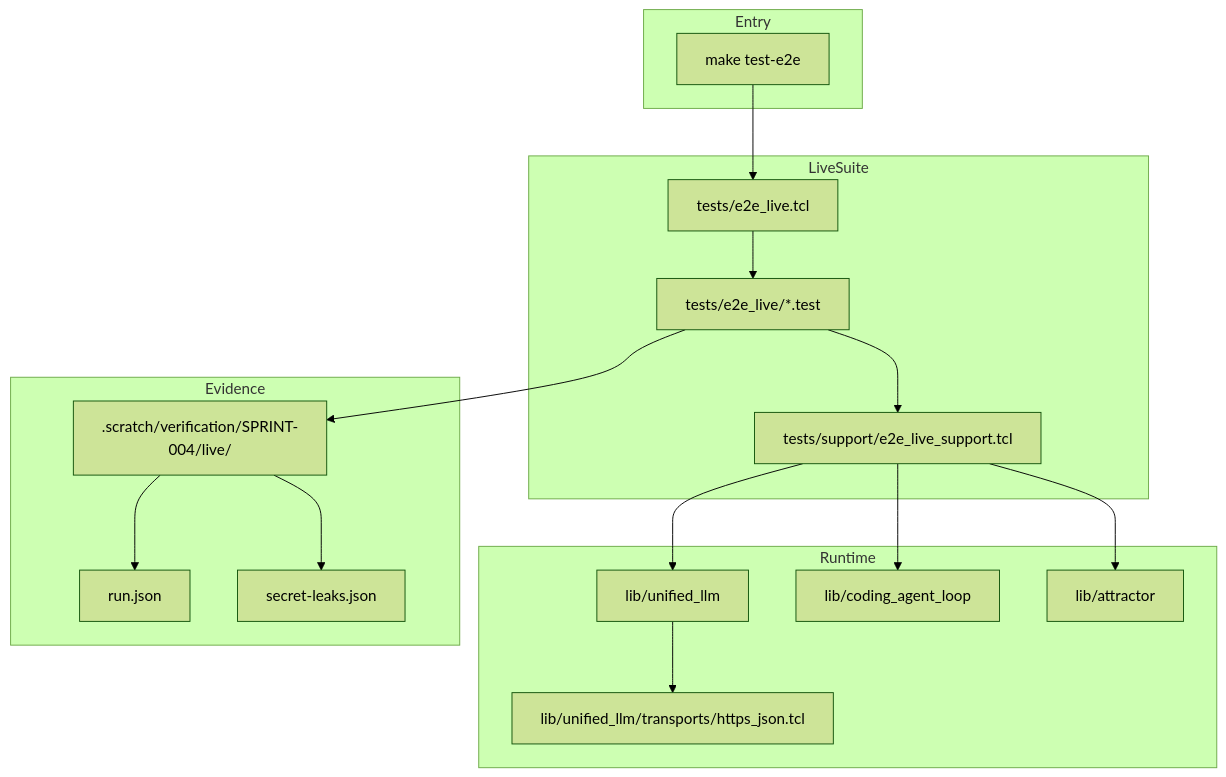
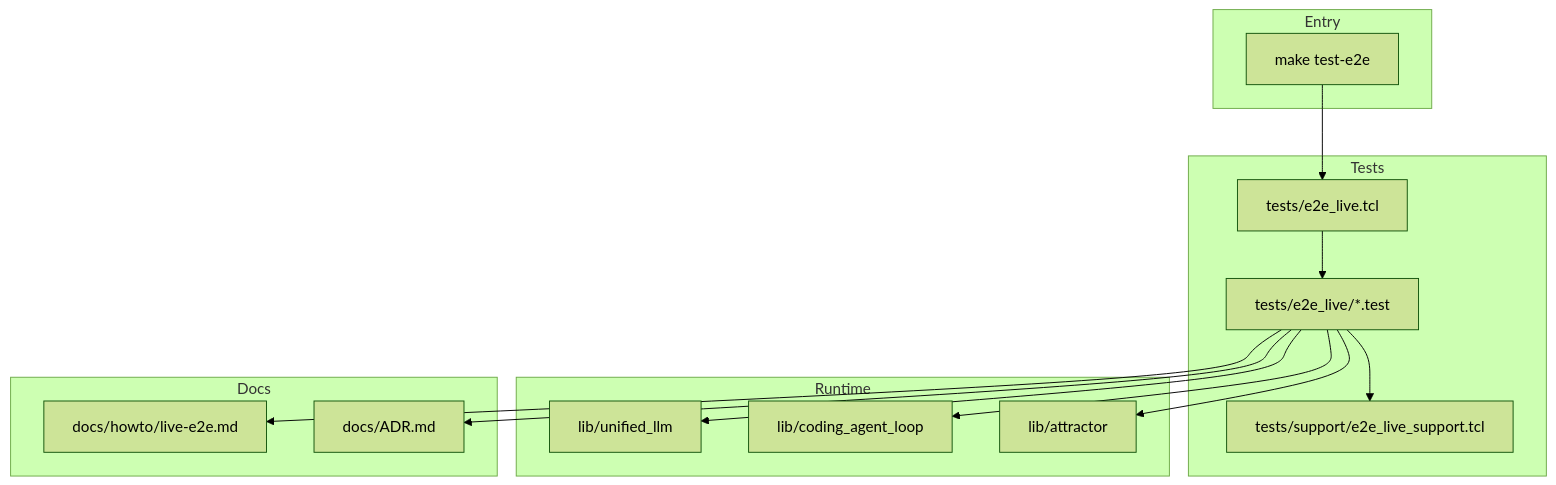
Before and after one commit to jaytaylor/attractor-tcl: the fifth of 5 diagrams in docs/sprints/SPRINT-004-comprehensive-implementation-plan.md, drawn with Mermaid (forest theme). The commit also changed other lines of this file, not shown here.

Commit message:
docs: sync sprint 004 comprehensive plan with verified completion

````diff
--- a/docs/sprints/SPRINT-004-comprehensive-implementation-plan.md
+++ b/docs/sprints/SPRINT-004-comprehensive-implementation-plan.md
@@ -752,36 +856,31 @@
 ```mermaid
 flowchart TB
   subgraph Entry
     MAKE[make test-e2e]
   end
 
-  subgraph LiveSuite
+  subgraph Tests
     HARNESS[tests/e2e_live.tcl]
-    LIVE_TESTS[tests/e2e_live/*.test]
-    LIVE_SUPPORT[tests/support/e2e_live_support.tcl]
+    SUITE[tests/e2e_live/*.test]
+    SUPPORT[tests/support/e2e_live_support.tcl]
   end
 
   subgraph Runtime
     ULLM[lib/unified_llm]
-    TRANSPORT[lib/unified_llm/transports/https_json.tcl]
     CAL[lib/coding_agent_loop]
     ATR[lib/attractor]
   end
 
-  subgraph Evidence
-    RUNROOT[.scratch/verification/SPRINT-004/live/<run_id>]
-    RUNJSON[run.json]
-    LEAKS[secret-leaks.json]
+  subgraph Docs
+    HOWTO[docs/howto/live-e2e.md]
+    ADR[docs/ADR.md]
   end
 
-  MAKE --> HARNESS
-  HARNESS --> LIVE_TESTS
-  LIVE_TESTS --> LIVE_SUPPORT
-  LIVE_SUPPORT --> ULLM
-  ULLM --> TRANSPORT
-  LIVE_SUPPORT --> CAL
-  LIVE_SUPPORT --> ATR
-  LIVE_TESTS --> RUNROOT
-  RUNROOT --> RUNJSON
-  RUNROOT --> LEAKS
+  MAKE --> HARNESS --> SUITE
+  SUITE --> SUPPORT
+  SUITE --> ULLM
+  SUITE --> CAL
+  SUITE --> ATR
+  SUITE --> HOWTO
+  SUITE --> ADR
 ```
````
